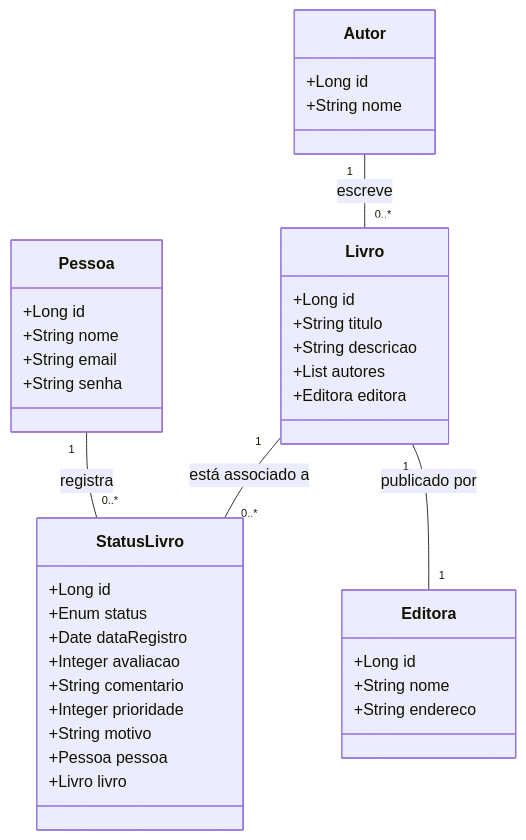
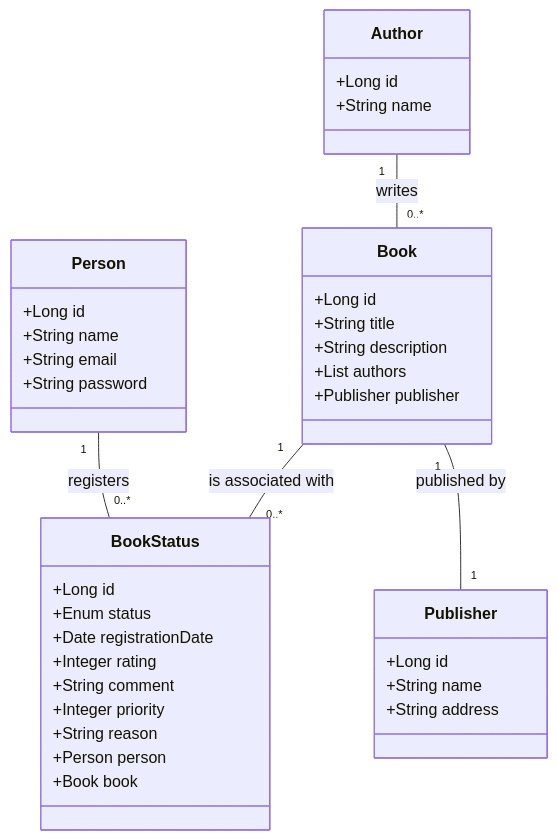
The diagram in README.md (viniciosmucheirone/Digital_Library_SpringBoot), drawn with Mermaid before and after one commit.

````diff
--- a/README.md
+++ b/README.md
@@ -4,46 +4,47 @@
 ```mermaid
 classDiagram
-    class Pessoa {
+    class Person {
         +Long id
-        +String nome
+        +String name
         +String email
-        +String senha
+        +String password
     }
 
-    class Autor {
+    class Author {
         +Long id
-        +String nome
+        +String name
     }
 
-    class Editora {
+    class Publisher {
         +Long id
-        +String nome
-        +String endereco
+        +String name
+        +String address
     }
 
-    class Livro {
+    class Book {
         +Long id
-        +String titulo
-        +String descricao
-        +List<Autor> autores
-        +Editora editora
+        +String title
+        +String description
+        +List<Author> authors
+        +Publisher publisher
     }
 
-    class StatusLivro {
+    class BookStatus {
         +Long id
         +Enum status
-        +Date dataRegistro
-        +Integer avaliacao
-        +String comentario
-        +Integer prioridade
-        +String motivo
-        +Pessoa pessoa
-        +Livro livro
+        +Date registrationDate
+        +Integer rating
+        +String comment
+        +Integer priority
+        +String reason
+        +Person person
+        +Book book
     }
 
-    Pessoa "1" -- "0..*" StatusLivro : registra
-    Livro "1" -- "0..*" StatusLivro : está associado a
-    Autor "1" -- "0..*" Livro : escreve
-    Livro "1" -- "1" Editora : publicado por
+    Person "1" -- "0..*" BookStatus : registers
+    Book "1" -- "0..*" BookStatus : is associated with
+    Author "1" -- "0..*" Book : writes
+    Book "1" -- "1" Publisher : published by
+
 
 ```
````
